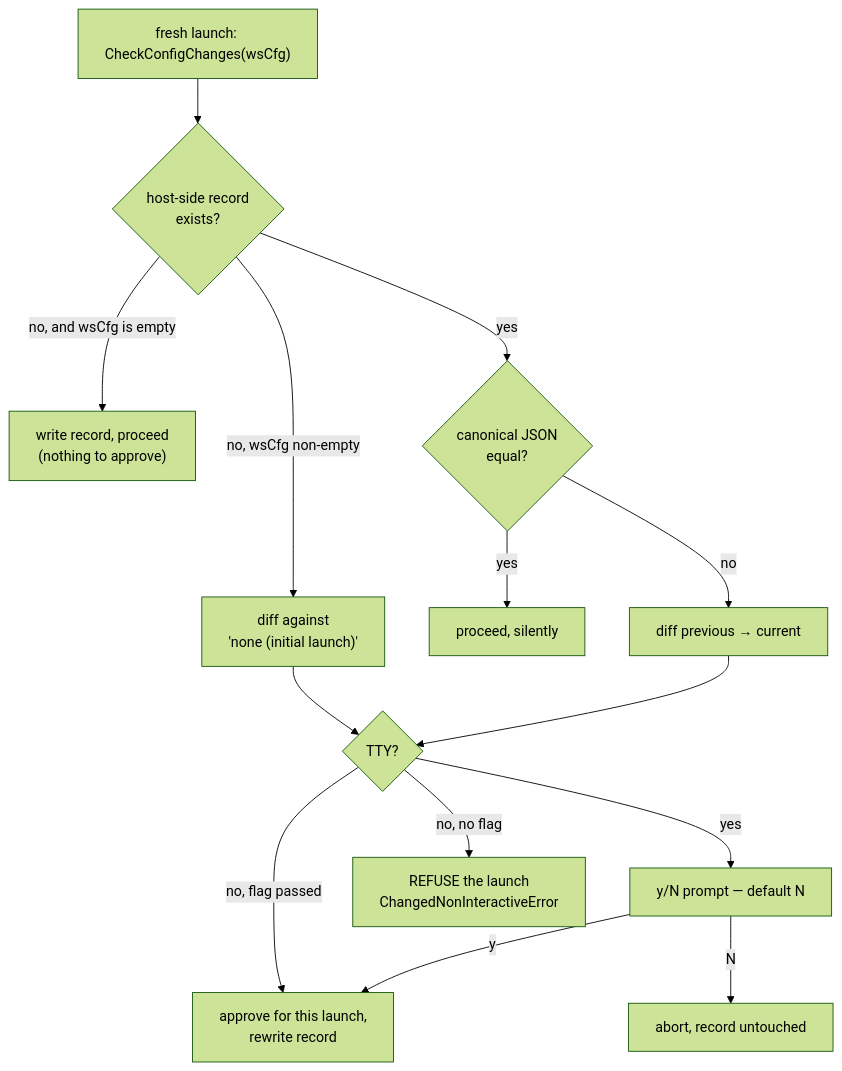
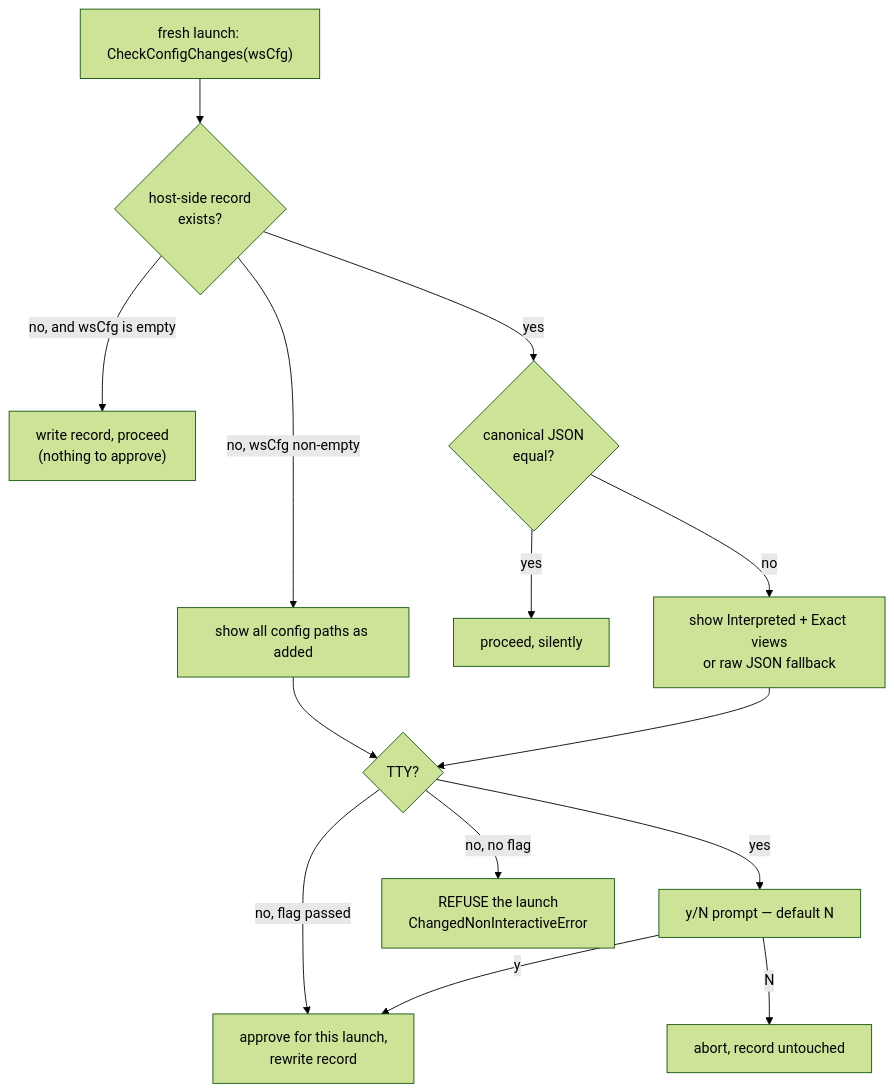
The diagram in docs/reference/config-safety.md (mschulkind-oss/yolo-jail), drawn with Mermaid (forest theme) before and after one commit. The commit also changed other lines of this file and 2 other files, not shown here.

Commit message:
docs(config): document approval presentation and inspection

````diff
--- a/docs/reference/config-safety.md
+++ b/docs/reference/config-safety.md
@@ -120,16 +134,16 @@
 ```mermaid
 flowchart TD
     S["fresh launch: CheckConfigChanges(wsCfg)"] --> R{"host-side record<br/>exists?"}
     R -->|"no, and wsCfg is empty"| W["write record, proceed<br/>(nothing to approve)"]
-    R -->|"no, wsCfg non-empty"| F["diff against<br/>'none (initial launch)'"]
+    R -->|"no, wsCfg non-empty"| F["show all config paths as added"]
     R -->|yes| C{"canonical JSON<br/>equal?"}
     C -->|yes| P["proceed, silently"]
-    C -->|no| F2["diff previous → current"]
+    C -->|no| F2["show Interpreted + Exact views<br/>or raw JSON fallback"]
     F --> T{"TTY?"}
     F2 --> T
     T -->|yes| Q["y/N prompt — default N"]
     T -->|"no, flag passed"| A["approve for this launch,<br/>rewrite record"]
     T -->|"no, no flag"| X["REFUSE the launch<br/>ChangedNonInteractiveError"]
     Q -->|y| A
     Q -->|N| Y["abort, record untouched"]
 ```
````
